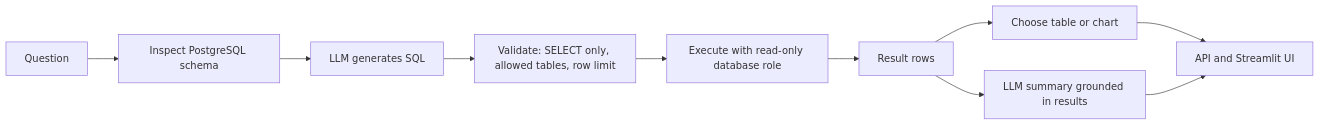
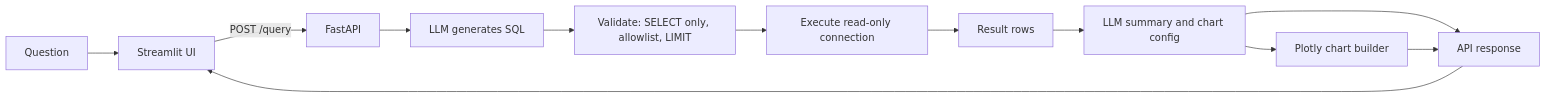
Before and after one commit to solomonmulatu/talk-to-data-sql-assistant: the diagram in README.md, drawn with Mermaid. The commit also changed other lines of this file and 1 other file, not shown here.

Commit message:
refact:read and design md file gets updated

````diff
--- a/README.md
+++ b/README.md
@@ -26,12 +28,14 @@
 ```mermaid
 flowchart LR
-    Q[Question] --> S[Inspect PostgreSQL schema]
-    S --> L[LLM generates SQL]
-    L --> V[Validate: SELECT only, allowed tables, row limit]
-    V --> E[Execute with read-only database role]
+    Q[Question] --> UI[Streamlit UI]
+    UI -->|"POST /query"| API[FastAPI]
+    API --> L[LLM generates SQL]
+    L --> V[Validate: SELECT only, allowlist, LIMIT]
+    V --> E[Execute read-only connection]
     E --> R[Result rows]
-    R --> C[Choose table or chart]
-    R --> U[LLM summary grounded in results]
-    C --> O[API and Streamlit UI]
-    U --> O
+    R --> S[LLM summary and chart config]
+    S --> C[Plotly chart builder]
+    S --> O[API response]
+    C --> O
+    O --> UI
 ```
````
